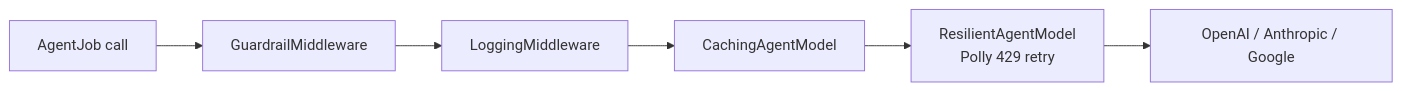
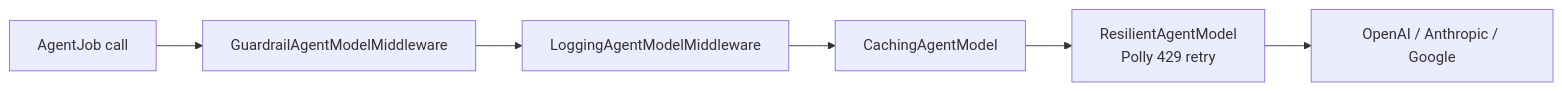
The second of 3 diagrams in architecture/agents.md (sevensamurai/Ananke), drawn with Mermaid before and after one commit. The commit also changed other lines of this file and 140 other files, not shown here.

````diff
--- a/architecture/agents.md
+++ b/architecture/agents.md
@@ -55,8 +55,8 @@
 ```mermaid
 flowchart LR
-    CALL[AgentJob call] --> GUARD[GuardrailMiddleware]
-    GUARD --> LOG[LoggingMiddleware]
+    CALL[AgentJob call] --> GUARD[GuardrailAgentModelMiddleware]
+    GUARD --> LOG[LoggingAgentModelMiddleware]
     LOG --> CACHE[CachingAgentModel]
     CACHE --> RETRY[ResilientAgentModel<br/>Polly 429 retry]
     RETRY --> PROVIDER[OpenAI / Anthropic / Google]
 ```
````
